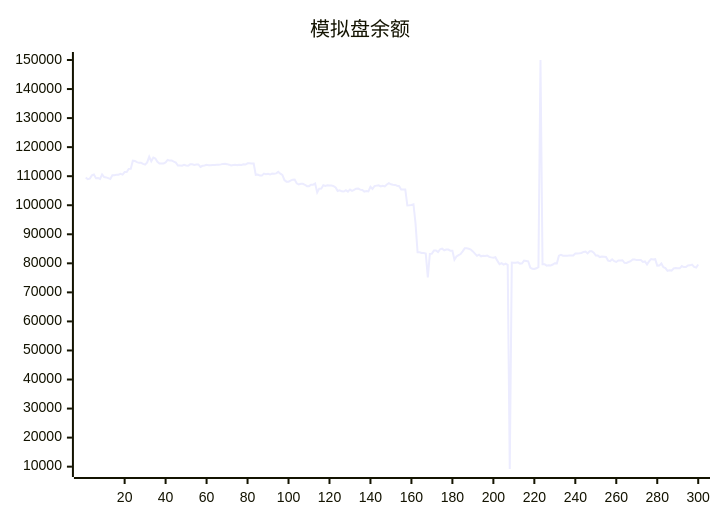
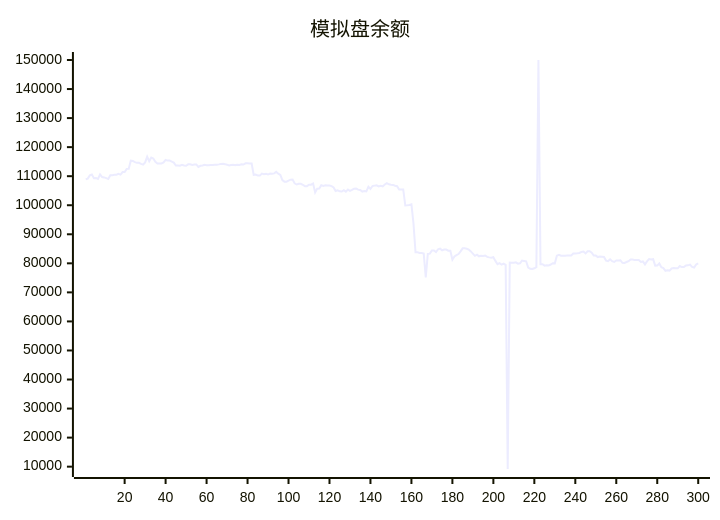
The diagram in README.md (aahl/ai-trading), drawn with Mermaid before and after one commit. The commit also changed other lines of this file and 1 other file, not shown here.

````diff
--- a/README.md
+++ b/README.md
@@ -5,5 +5,5 @@
 ```mermaid
 xychart
     title "模拟盘余额"
-    line [109539,108945,109172,110262,110546,109304,109343,109053,110606,109702,109584,109337,109071,110342,110342,110488,110488,110814,110531,111421,111421,112518,112522,115341,115266,114830,114584,114588,114231,113973,114726,116697,115160,116423,116083,114950,114365,114365,114388,114730,115582,115358,115358,115032,114686,113688,113688,113610,113930,113672,113585,114083,114074,113840,113996,114051,113208,113593,113701,113901,113794,113784,113810,113848,113927,113929,114064,114232,114293,114144,113960,113698,113853,113942,113812,113908,113877,114091,113998,114427,114422,114384,114384,110477,110576,110198,110198,110890,110712,110812,110569,110929,110847,110968,111478,110870,110433,108661,108116,108115,108485,108797,108877,107536,107134,107393,107393,107046,106565,106565,107081,107081,107478,104404,105715,105749,106866,106651,106889,106771,106816,106565,106141,104876,105103,104796,104734,105169,104690,105380,104941,105272,105709,105739,105374,105227,104691,104924,104762,106364,105628,106608,106748,106872,106485,106721,106468,107132,107620,107224,107080,107001,106717,106567,105431,105431,105440,99950,100017,100113,100337,93749,83795,83807,83567,83567,83342,75168,83222,83336,84448,84449,83896,84839,85065,84499,84757,84757,84364,84347,81254,82385,82835,83184,84099,85150,85150,85002,84751,84096,83356,82582,82983,82404,82572,82512,82688,82200,82047,81920,82125,80840,79688,80060,79552,79920,79470,9193,80236,80208,80170,80336,79894,80006,80954,80837,80712,78561,78139,78037,78293,78682,150000,79720,79720,79214,79372,79279,79591,80046,79993,82625,82950,82626,82571,82633,82670,82670,82681,83386,83378,83464,83579,83920,84037,83402,84160,84142,83652,82655,82655,82145,82315,82243,82163,80934,80770,81371,80742,80468,80989,80989,81067,80191,80155,80450,80737,81309,81309,81106,81119,81119,80471,80631,79624,80670,81448,81290,81429,79212,79222,79940,78643,78380,77432,77623,77504,78235,78358,78284,78277,79048,78714,78714,79290,79308,79567,78763,78563,79603]
+    line [108945,109172,110262,110546,109304,109343,109053,110606,109702,109584,109337,109071,110342,110342,110488,110488,110814,110531,111421,111421,112518,112522,115341,115266,114830,114584,114588,114231,113973,114726,116697,115160,116423,116083,114950,114365,114365,114388,114730,115582,115358,115358,115032,114686,113688,113688,113610,113930,113672,113585,114083,114074,113840,113996,114051,113208,113593,113701,113901,113794,113784,113810,113848,113927,113929,114064,114232,114293,114144,113960,113698,113853,113942,113812,113908,113877,114091,113998,114427,114422,114384,114384,110477,110576,110198,110198,110890,110712,110812,110569,110929,110847,110968,111478,110870,110433,108661,108116,108115,108485,108797,108877,107536,107134,107393,107393,107046,106565,106565,107081,107081,107478,104404,105715,105749,106866,106651,106889,106771,106816,106565,106141,104876,105103,104796,104734,105169,104690,105380,104941,105272,105709,105739,105374,105227,104691,104924,104762,106364,105628,106608,106748,106872,106485,106721,106468,107132,107620,107224,107080,107001,106717,106567,105431,105431,105440,99950,100017,100113,100337,93749,83795,83807,83567,83567,83342,75168,83222,83336,84448,84449,83896,84839,85065,84499,84757,84757,84364,84347,81254,82385,82835,83184,84099,85150,85150,85002,84751,84096,83356,82582,82983,82404,82572,82512,82688,82200,82047,81920,82125,80840,79688,80060,79552,79920,79470,9193,80236,80208,80170,80336,79894,80006,80954,80837,80712,78561,78139,78037,78293,78682,150000,79720,79720,79214,79372,79279,79591,80046,79993,82625,82950,82626,82571,82633,82670,82670,82681,83386,83378,83464,83579,83920,84037,83402,84160,84142,83652,82655,82655,82145,82315,82243,82163,80934,80770,81371,80742,80468,80989,80989,81067,80191,80155,80450,80737,81309,81309,81106,81119,81119,80471,80631,79624,80670,81448,81290,81429,79212,79222,79940,78643,78380,77432,77623,77504,78235,78358,78284,78277,79048,78714,78714,79290,79308,79567,78763,78563,79603,79988]
 ```
````
